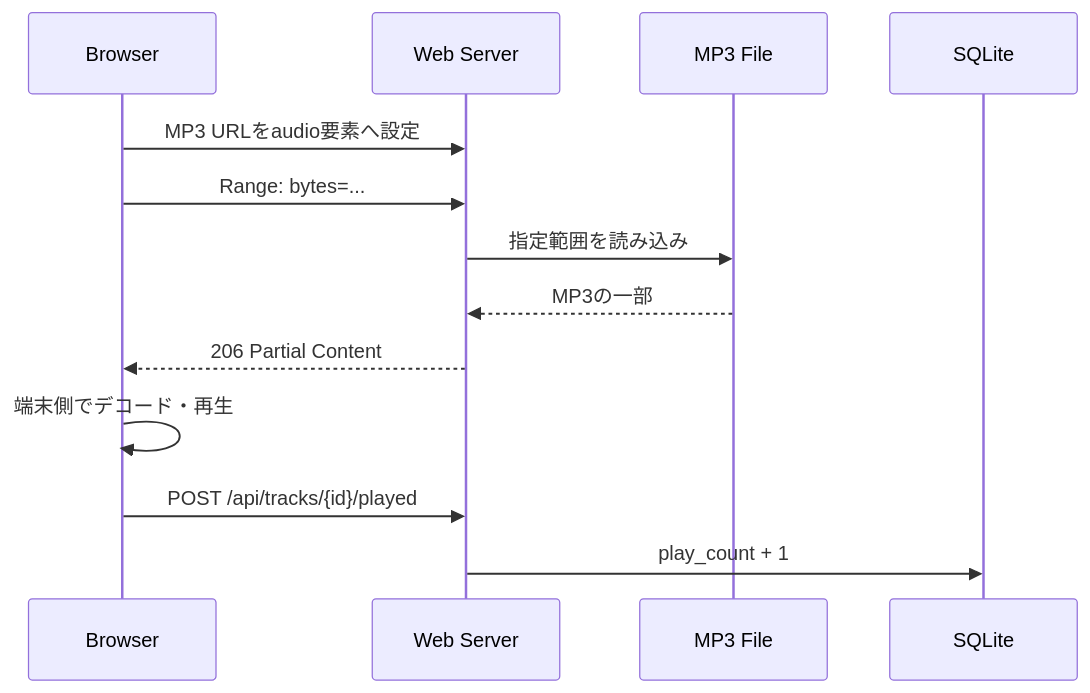
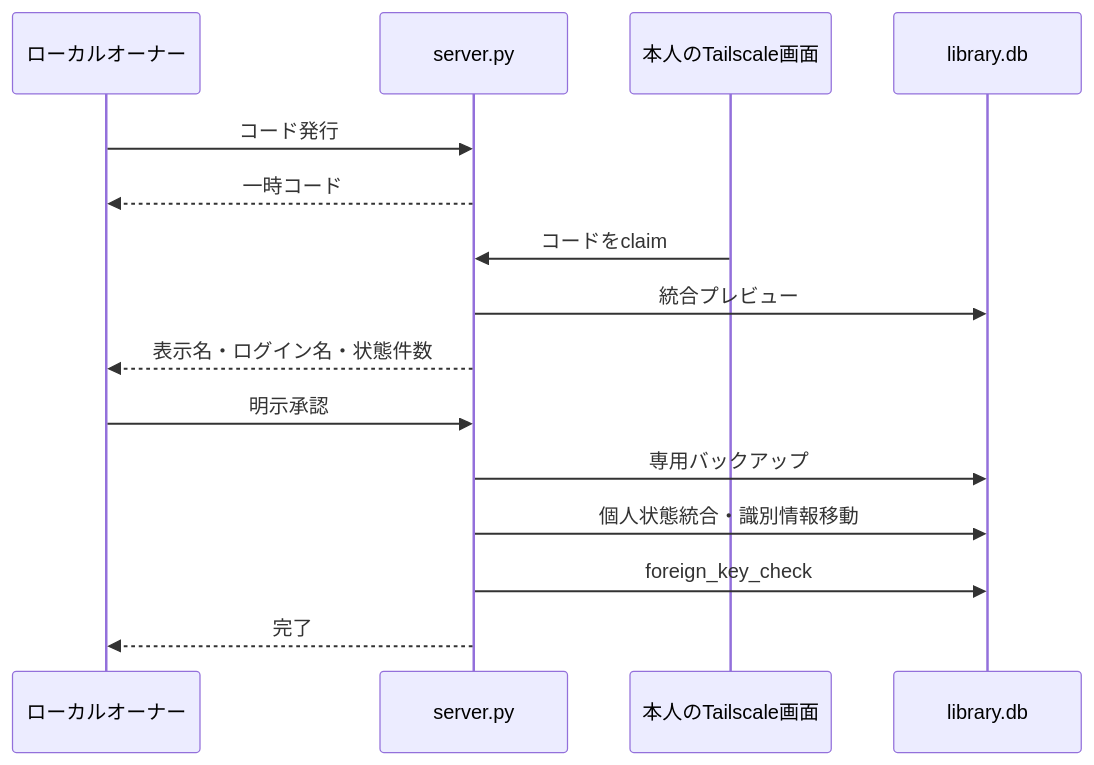
The second of 2 diagrams in docs/01-architecture.md (k-systems202208/mp3-source-music-library), drawn with Mermaid before and after one commit. The commit also changed other lines of this file and 33 other files, not shown here.

````diff
--- a/docs/01-architecture.md
+++ b/docs/01-architecture.md
@@ -211,16 +106,18 @@
 ```mermaid
 sequenceDiagram
-    participant UI as Browser
-    participant API as Web Server
-    participant FS as MP3 File
-    participant DB as SQLite
+    participant LP as ローカルオーナー
+    participant S as server.py
+    participant TS as 本人のTailscale画面
+    participant DB as library.db
 
-    UI->>API: MP3 URLをaudio要素へ設定
-    UI->>API: Range: bytes=...
-    API->>FS: 指定範囲を読み込み
-    FS-->>API: MP3の一部
-    API-->>UI: 206 Partial Content
-    UI->>UI: 端末側でデコード・再生
-    UI->>API: POST /api/tracks/{id}/played
-    API->>DB: play_count + 1
+    LP->>S: コード発行
+    S-->>LP: 一時コード
+    TS->>S: コードをclaim
+    S->>DB: 統合プレビュー
+    S-->>LP: 表示名・ログイン名・状態件数
+    LP->>S: 明示承認
+    S->>DB: 専用バックアップ
+    S->>DB: 個人状態統合・識別情報移動
+    S->>DB: foreign_key_check
+    S-->>LP: 完了
 ```
````
